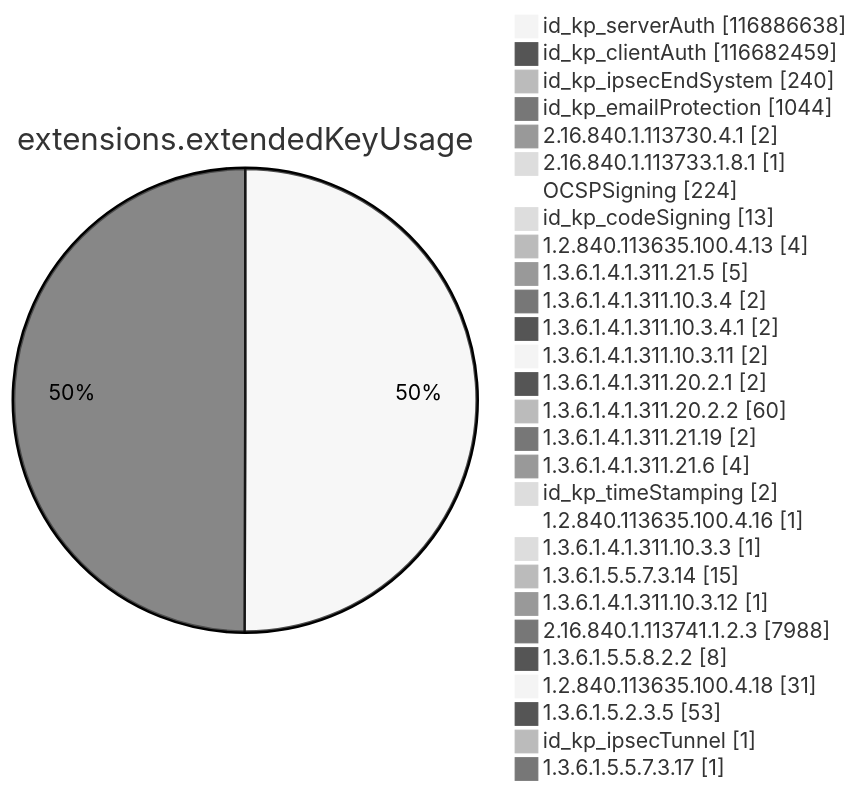
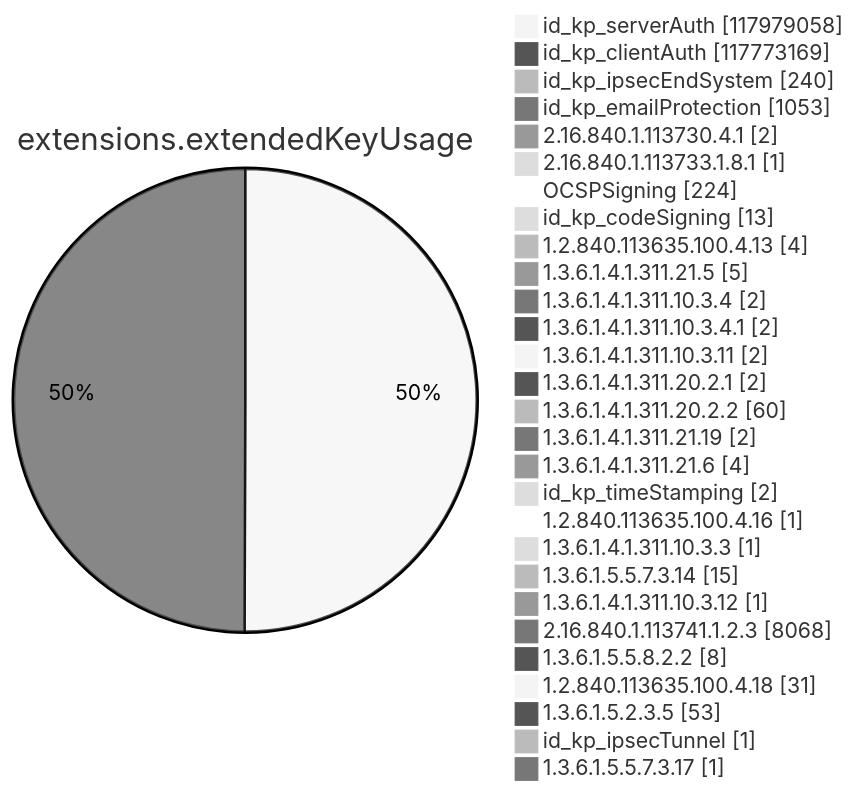
Before and after one commit to christiankrug/ctmonitor_visualization: diagram 11 of 15 in argon2023/README.md, drawn with Mermaid (neutral theme). The commit also changed other lines of this file, not shown here.

````diff
--- a/argon2023/README.md
+++ b/argon2023/README.md
@@ -2671,32 +2674,32 @@
 ```mermaid
 pie showData
 title extensions.extendedKeyUsage
-"id_kp_serverAuth" :116886638
-"id_kp_clientAuth" :116682459
+"id_kp_serverAuth" :117979058
+"id_kp_clientAuth" :117773169
 "id_kp_ipsecEndSystem" :240
-"id_kp_emailProtection" :1044
+"id_kp_emailProtection" :1053
 "2.16.840.1.113730.4.1" :2
 "2.16.840.1.113733.1.8.1" :1
 "OCSPSigning" :224
 "id_kp_codeSigning" :13
 "1.2.840.113635.100.4.13" :4
 "1.3.6.1.4.1.311.21.5" :5
 "1.3.6.1.4.1.311.10.3.4" :2
 "1.3.6.1.4.1.311.10.3.4.1" :2
 "1.3.6.1.4.1.311.10.3.11" :2
 "1.3.6.1.4.1.311.20.2.1" :2
 "1.3.6.1.4.1.311.20.2.2" :60
 "1.3.6.1.4.1.311.21.19" :2
 "1.3.6.1.4.1.311.21.6" :4
 "id_kp_timeStamping" :2
 "1.2.840.113635.100.4.16" :1
 "1.3.6.1.4.1.311.10.3.3" :1
 "1.3.6.1.5.5.7.3.14" :15
 "1.3.6.1.4.1.311.10.3.12" :1
-"2.16.840.1.113741.1.2.3" :7988
+"2.16.840.1.113741.1.2.3" :8068
 "1.3.6.1.5.5.8.2.2" :8
 "1.2.840.113635.100.4.18" :31
 "1.3.6.1.5.2.3.5" :53
 "id_kp_ipsecTunnel" :1
 "1.3.6.1.5.5.7.3.17" :1
 ```
````
